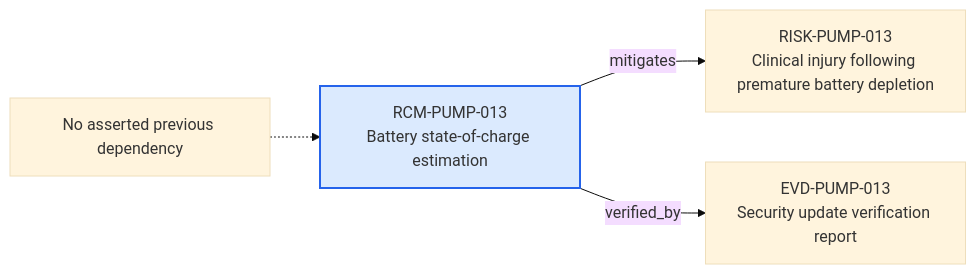
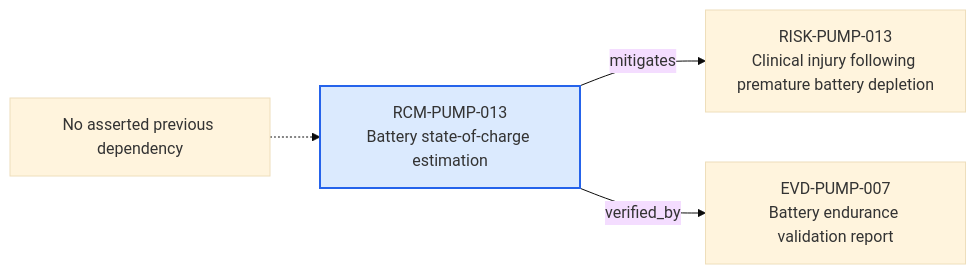
Before and after one commit to mvattulainen/mdrontology: the diagram in content/06-Infpump FlowGuard ontology notes/risk-control-measure/RCM-PUMP-013-battery-state-of-charge-estimation.md, drawn with Mermaid (base theme). The commit also changed other lines of this file and 30 other files, not shown here.

````diff
--- a/content/06-Infpump FlowGuard ontology notes/risk-control-measure/RCM-PUMP-013-battery-state-of-charge-estimation.md
+++ b/content/06-Infpump FlowGuard ontology notes/risk-control-measure/RCM-PUMP-013-battery-state-of-charge-estimation.md
@@ -75,12 +75,12 @@
 ```mermaid
 flowchart LR
   CURRENT["RCM-PUMP-013<br/>Battery state-of-charge estimation"]
   PREV_NONE["No asserted previous dependency"]
   PREV_NONE -.-> CURRENT
   NEXT0["RISK-PUMP-013<br/>Clinical injury following premature battery depletion"]
   CURRENT -->|"mitigates"| NEXT0
-  NEXT1["EVD-PUMP-013<br/>Security update verification report"]
+  NEXT1["EVD-PUMP-007<br/>Battery endurance validation report"]
   CURRENT -->|"verified_by"| NEXT1
   classDef current fill:#dbeafe,stroke:#2563eb,stroke-width:2px
   class CURRENT current
 ```
````
